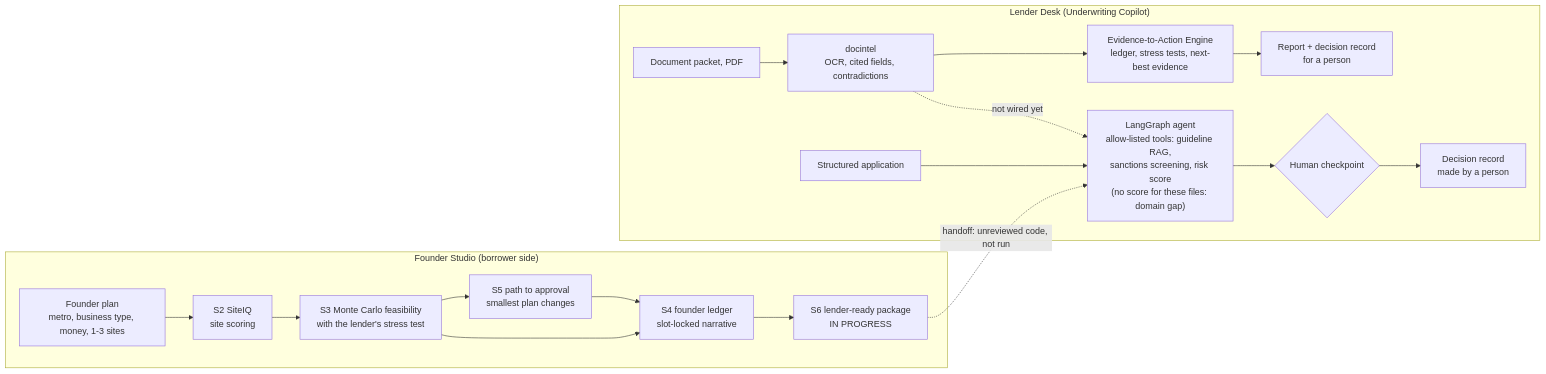
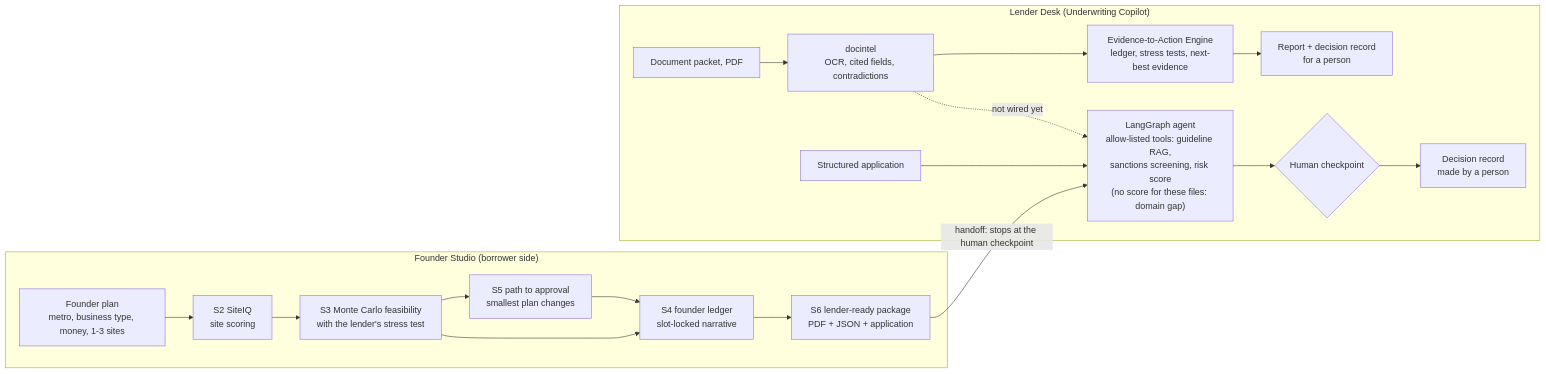
The diagram in README.md (Bhavani-abhavi/Fundproof), drawn with Mermaid before and after one commit. The commit also changed other lines of this file and 2 other files, not shown here.

````diff
--- a/README.md
+++ b/README.md
@@ -150,21 +150,21 @@
 ```mermaid
 flowchart LR
     subgraph Studio["Founder Studio (borrower side)"]
         F["Founder plan<br/>metro, business type, money, 1-3 sites"] --> S2["S2 SiteIQ<br/>site scoring"]
         S2 --> S3["S3 Monte Carlo feasibility<br/>with the lender's stress test"]
         S3 --> S5["S5 path to approval<br/>smallest plan changes"]
         S3 --> S4["S4 founder ledger<br/>slot-locked narrative"]
         S5 --> S4
-        S4 --> S6["S6 lender-ready package<br/>IN PROGRESS"]
+        S4 --> S6["S6 lender-ready package<br/>PDF + JSON + application"]
     end
     subgraph Desk["Lender Desk (Underwriting Copilot)"]
         P["Document packet, PDF"] --> D["docintel<br/>OCR, cited fields, contradictions"]
         D --> E["Evidence-to-Action Engine<br/>ledger, stress tests, next-best evidence"]
         E --> R1["Report + decision record<br/>for a person"]
         APP["Structured application"] --> A["LangGraph agent<br/>allow-listed tools: guideline RAG,<br/>sanctions screening, risk score<br/>(no score for these files: domain gap)"]
         A --> H{"Human checkpoint"}
         H --> R2["Decision record<br/>made by a person"]
     end
-    S6 -.->|"handoff: unreviewed code, not run"| A
+    S6 -->|"handoff: stops at the human checkpoint"| A
     D -.->|"not wired yet"| A
 ```
````
